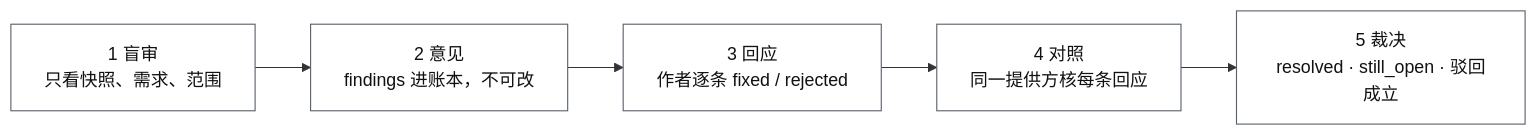
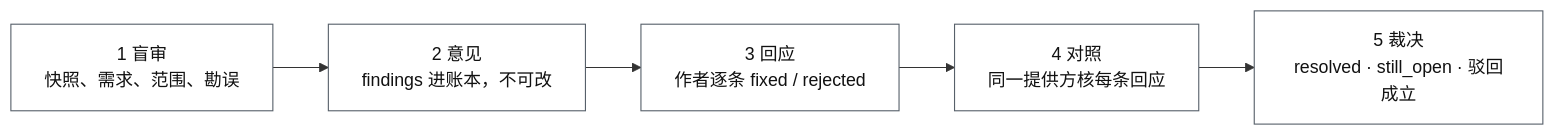
The second of 4 diagrams in docs/overview.zh.md (fengjiachun/review-bridge), drawn with Mermaid before and after one commit. The commit also changed other lines of this file and 1 other file, not shown here.

````diff
--- a/docs/overview.zh.md
+++ b/docs/overview.zh.md
@@ -87,9 +87,9 @@
 ```mermaid
 flowchart LR
-  A["1 盲审<br/>只看快照、需求、范围"] --> B["2 意见<br/>findings 进账本，不可改"]
+  A["1 盲审<br/>快照、需求、范围、勘误"] --> B["2 意见<br/>findings 进账本，不可改"]
   B --> C["3 回应<br/>作者逐条 fixed / rejected"]
   C --> D["4 对照<br/>同一提供方核每条回应"]
   D --> E["5 裁决<br/>resolved · still_open · 驳回成立"]
   classDef n fill:#ffffff,stroke:#57606a,stroke-width:1px,color:#111111;
   class A,B,C,D,E n;
 ```
````
